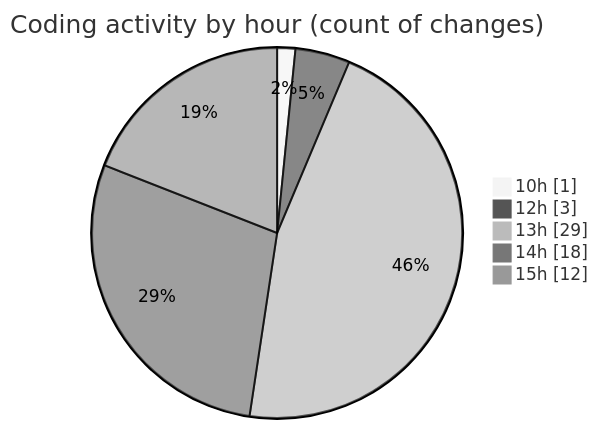
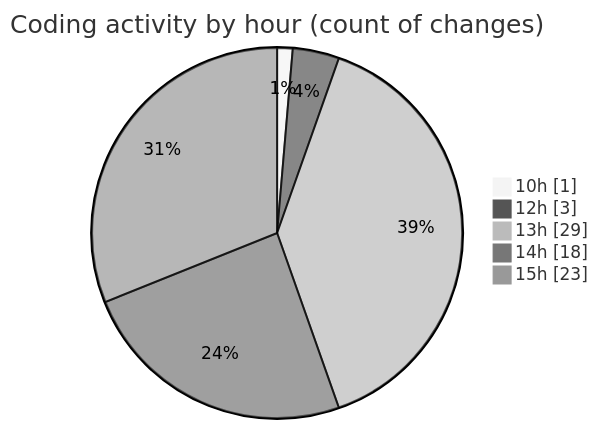
One commit to momahboobian/code-tracking changed the second of 2 diagrams in 2025-08-01/cda/README.md. Above: the diagram before and after it, drawn with Mermaid (neutral theme). The commit also changed other lines of this file and 1 other file, not shown here.

````diff
--- a/2025-08-01/cda/README.md
+++ b/2025-08-01/cda/README.md
@@ -28,9 +28,9 @@
 ```mermaid
 pie showData
 title Coding activity by hour (count of changes)
 "10h" : 1
 "12h" : 3
 "13h" : 29
 "14h" : 18
-"15h" : 12
+"15h" : 23
 ```
````
